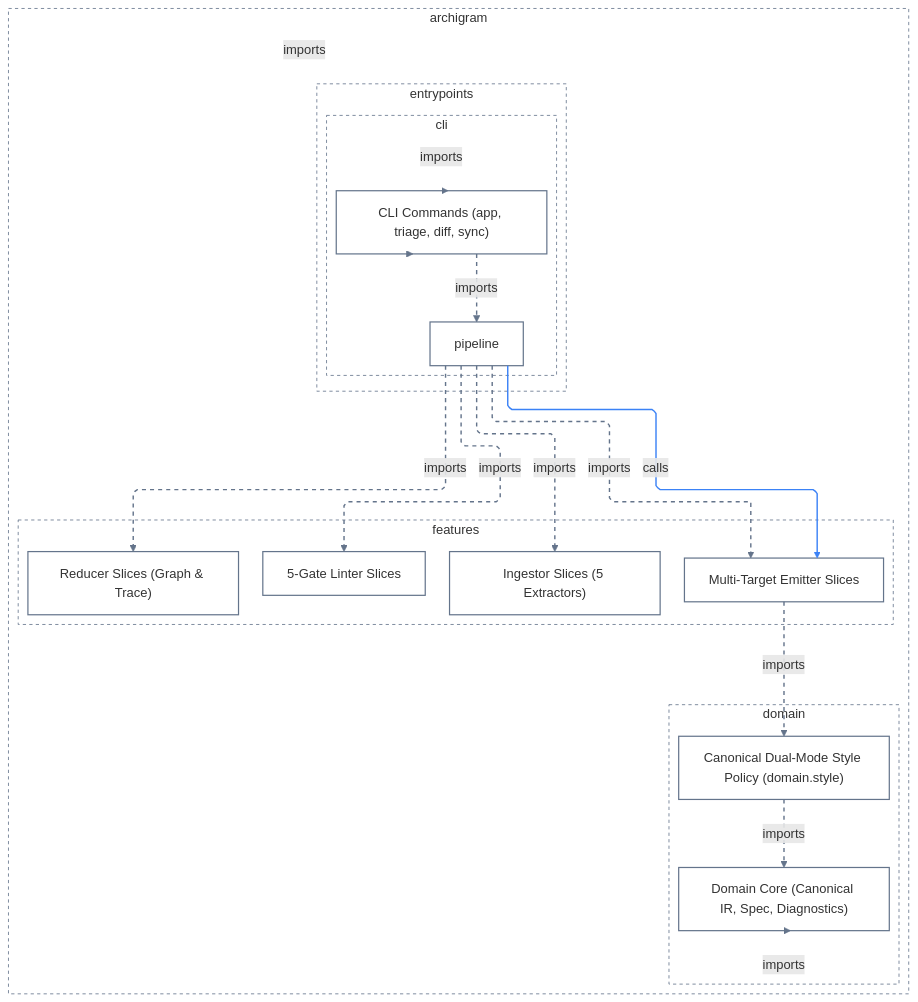
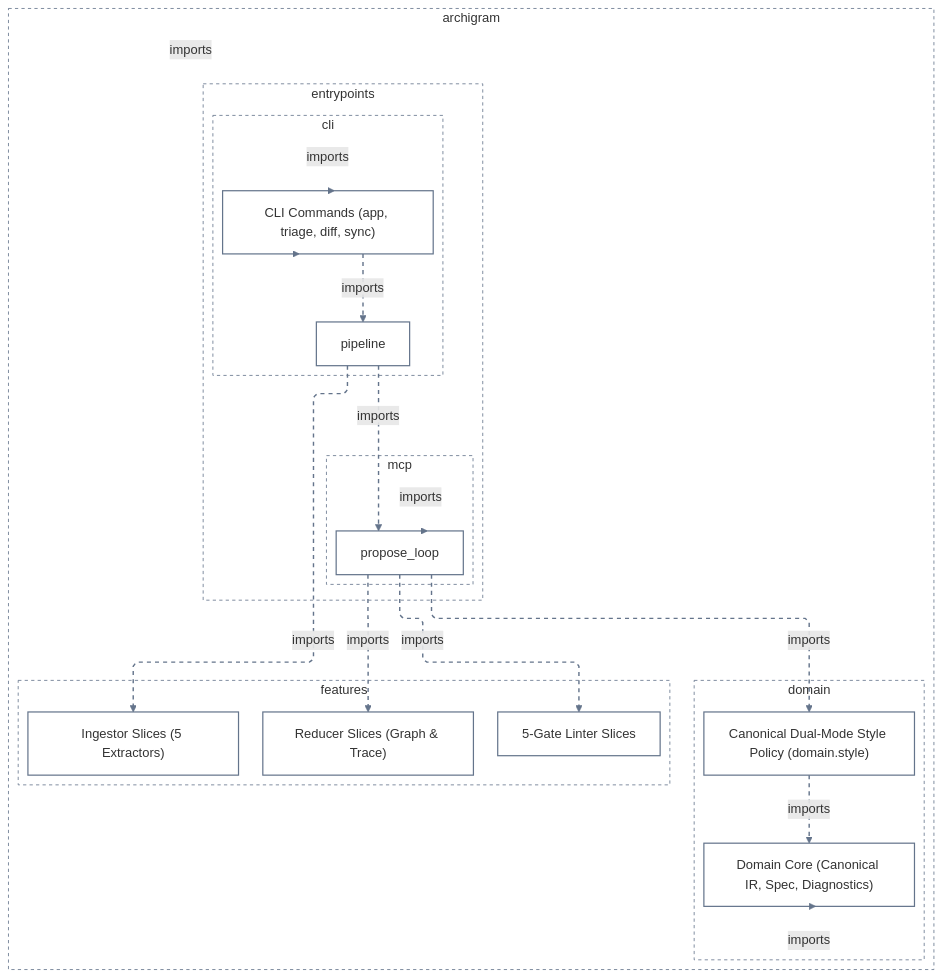
The first of 8 diagrams in docs/architecture/uml-and-curation-showcase.md (klcd/archigram), drawn with Mermaid before and after one commit. The commit also changed other lines of this file and 58 other files, not shown here.

Commit message:
fix(mcp): align preview emitter and preserve multi-view repair

````diff
--- a/docs/architecture/uml-and-curation-showcase.md
+++ b/docs/architecture/uml-and-curation-showcase.md
@@ -83,50 +83,52 @@
 ```mermaid
 ---
 config:
   layout: elk
   elk:
     mergeEdges: false
     nodePlacementStrategy: BRANDES_KOEPF
   flowchart:
     defaultRenderer: elk
     curve: linear
 ---
 flowchart TD
   classDef default fill:transparent,stroke:#64748b,stroke-width:1.5px
   subgraph n0["archigram"]
     subgraph n1["domain"]
-      n7["Domain Core (Canonical IR, Spec, Diagnostics)"]
-      n8["Canonical Dual-Mode Style Policy (domain.style)"]
+      n9["Domain Core (Canonical IR, Spec, Diagnostics)"]
+      n10["Canonical Dual-Mode Style Policy (domain.style)"]
     end
     subgraph n2["entrypoints"]
       subgraph n3["cli"]
         n4["pipeline"]
-        n6["CLI Commands (app, triage, diff, sync)"]
+        n8["CLI Commands (app, triage, diff, sync)"]
+      end
+      subgraph n5["mcp"]
+        n6["propose_loop"]
       end
     end
-    subgraph n5["features"]
-      n9["Multi-Target Emitter Slices"]
-      n10["Ingestor Slices (5 Extractors)"]
-      n11["5-Gate Linter Slices"]
-      n12["Reducer Slices (Graph & Trace)"]
+    subgraph n7["features"]
+      n11["Ingestor Slices (5 Extractors)"]
+      n12["5-Gate Linter Slices"]
+      n13["Reducer Slices (Graph & Trace)"]
     end
   end
   style n0 fill:transparent,stroke:#64748b,stroke-width:1px,stroke-dasharray:4 4
   style n1 fill:transparent,stroke:#64748b,stroke-width:1px,stroke-dasharray:4 4
   style n2 fill:transparent,stroke:#64748b,stroke-width:1px,stroke-dasharray:4 4
   style n3 fill:transparent,stroke:#64748b,stroke-width:1px,stroke-dasharray:4 4
   style n5 fill:transparent,stroke:#64748b,stroke-width:1px,stroke-dasharray:4 4
-  n3 -.->|"imports"| n6
-  n6 -.->|"imports"| n0
-  n6 -.->|"imports"| n4
-  n7 -.->|"imports"| n1
-  n9 -.->|"imports"| n8
-  n8 -.->|"imports"| n7
-  n4 -->|"calls"| n9
-  n4 -.->|"imports"| n9
-  n4 -.->|"imports"| n10
+  style n7 fill:transparent,stroke:#64748b,stroke-width:1px,stroke-dasharray:4 4
+  n3 -.->|"imports"| n8
+  n8 -.->|"imports"| n0
+  n8 -.->|"imports"| n4
+  n9 -.->|"imports"| n1
+  n6 -.->|"imports"| n10
+  n10 -.->|"imports"| n9
   n4 -.->|"imports"| n11
-  n4 -.->|"imports"| n12
-  linkStyle 0,1,2,3,4,5,7,8,9,10 stroke:#64748b,stroke-width:1.75px,stroke-dasharray:5 5
-  linkStyle 6 stroke:#3b82f6,stroke-width:1.75px
+  n6 -.->|"imports"| n12
+  n6 -.->|"imports"| n13
+  n4 -.->|"imports"| n6
+  n5 -.->|"imports"| n6
+  linkStyle 0,1,2,3,4,5,6,7,8,9,10 stroke:#64748b,stroke-width:1.75px,stroke-dasharray:5 5
 ```
````
